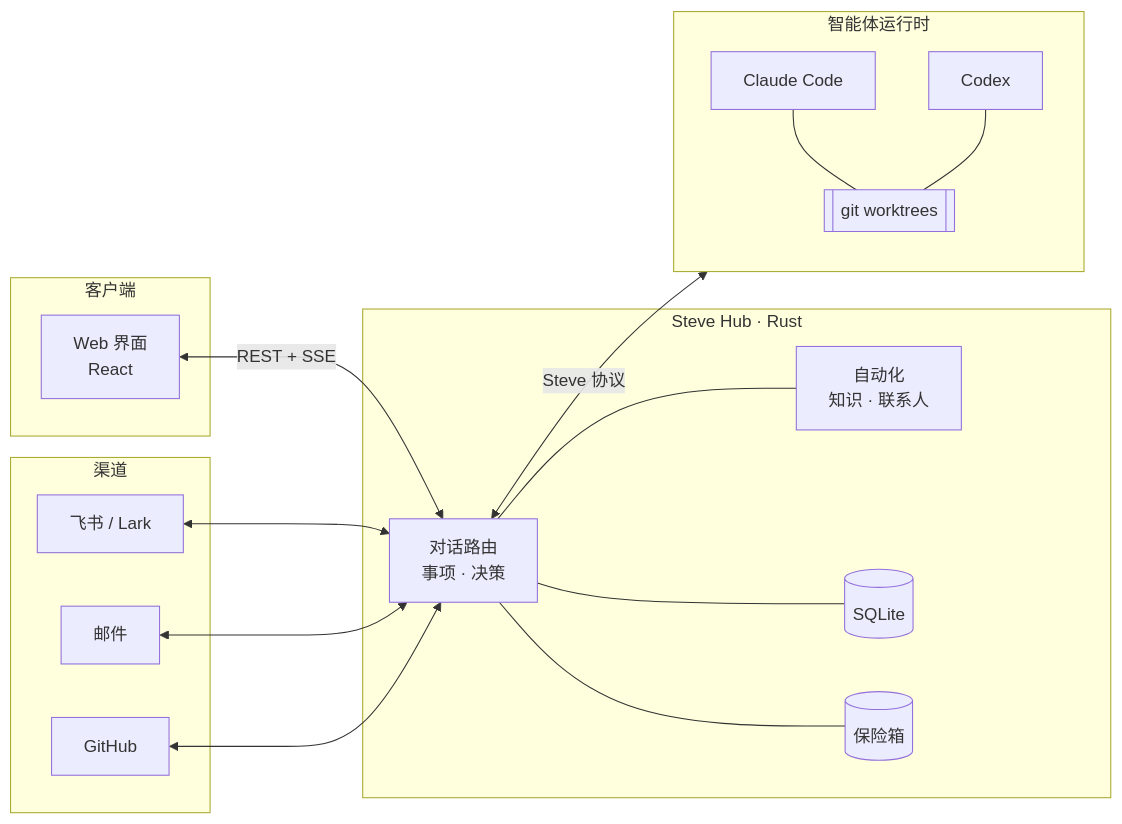
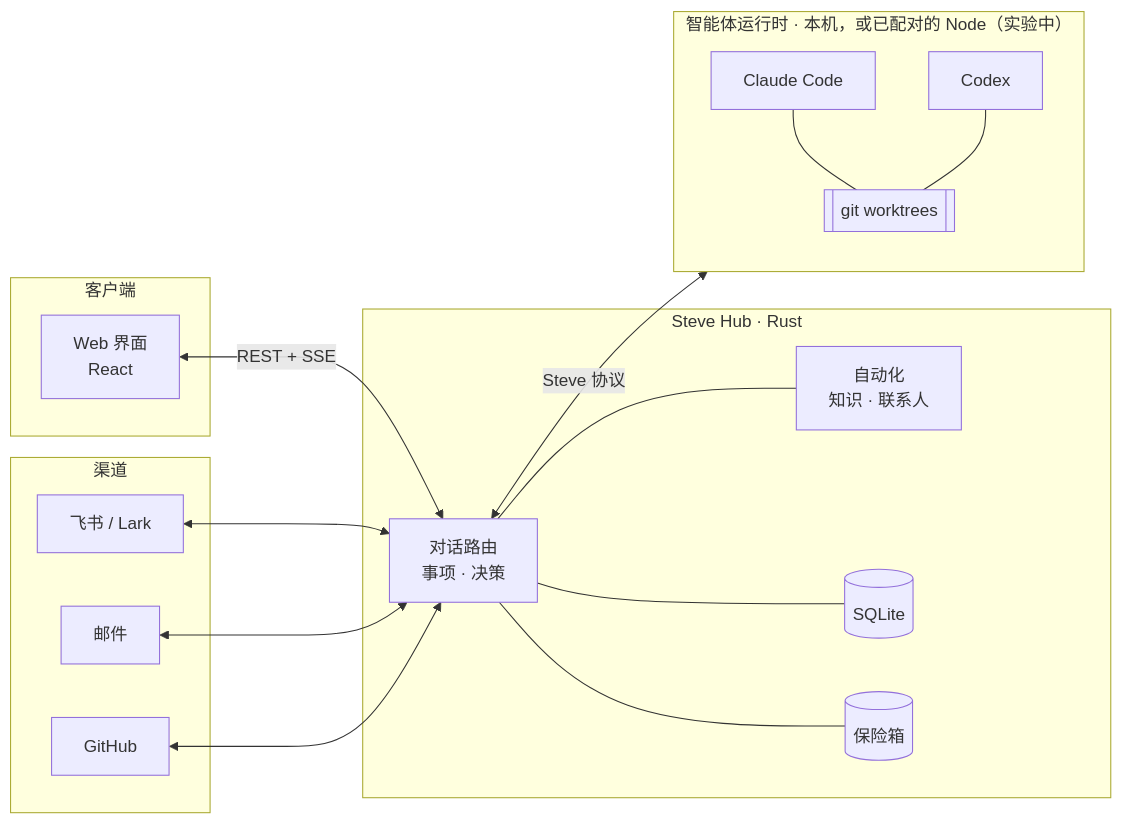
One commit to Infranite/steve changed the diagram in README.zh-CN.md. Above: the diagram before and after it, drawn with Mermaid. The commit also changed other lines of this file and 2 other files, not shown here.

````diff
--- a/README.zh-CN.md
+++ b/README.zh-CN.md
@@ -138,29 +177,29 @@
 ```mermaid
 flowchart LR
     subgraph Clients["客户端"]
         W[Web 界面<br/>React]
     end
     subgraph Channels["渠道"]
         F[飞书 / Lark]
         M[邮件]
         G[GitHub]
     end
     subgraph Hub["Steve Hub · Rust"]
         C[对话路由<br/>事项 · 决策]
         A[自动化<br/>知识 · 联系人]
         S[(SQLite)]
         V[(保险箱)]
     end
-    subgraph Node["智能体运行时"]
+    subgraph Node["智能体运行时 · 本机，或已配对的 Node（实验中）"]
         CC[Claude Code]
         CX[Codex]
         WT[[git worktrees]]
     end
     W <-->|REST + SSE| C
     F & M & G <--> C
     C --- A
     C --- S
     C --- V
     C <-->|Steve 协议| Node
     CC & CX --- WT
 ```
````
